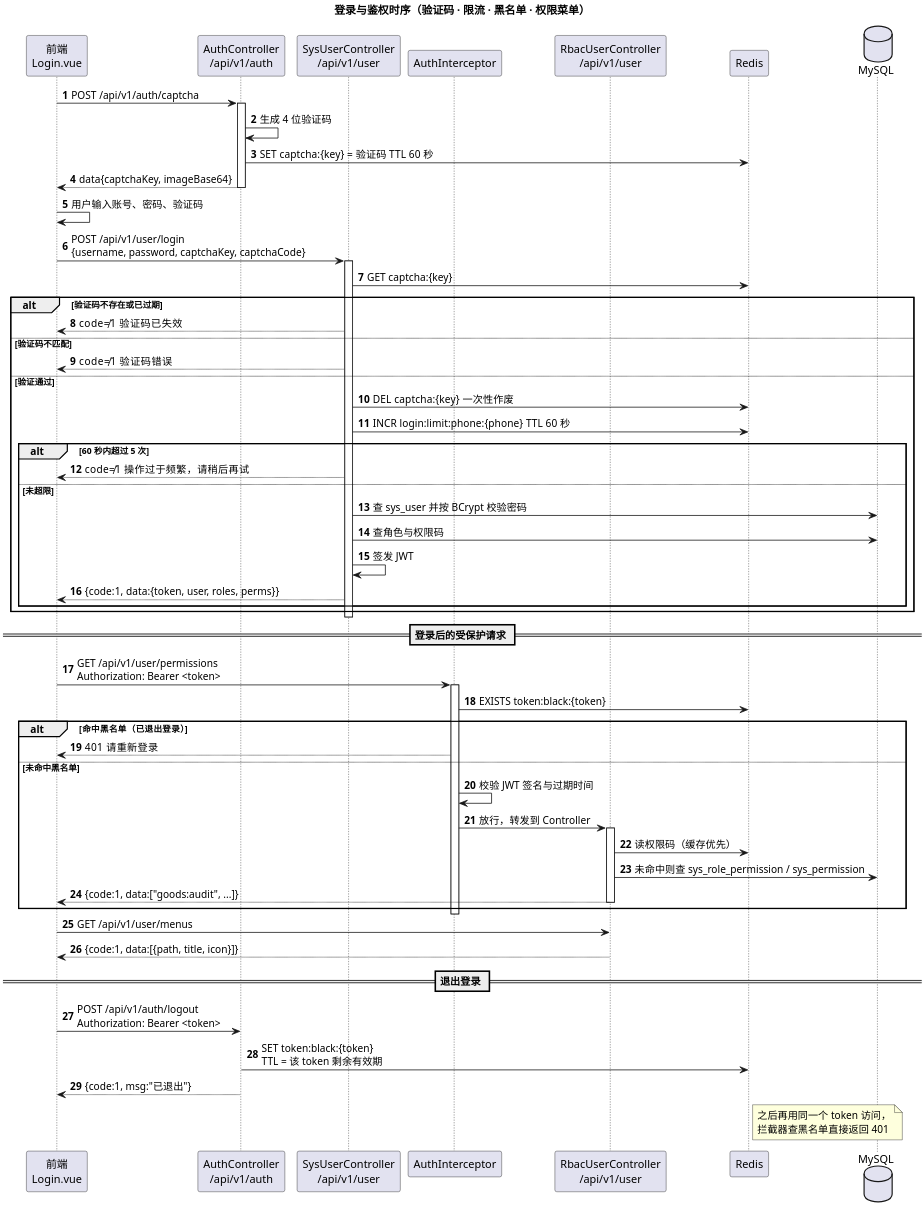
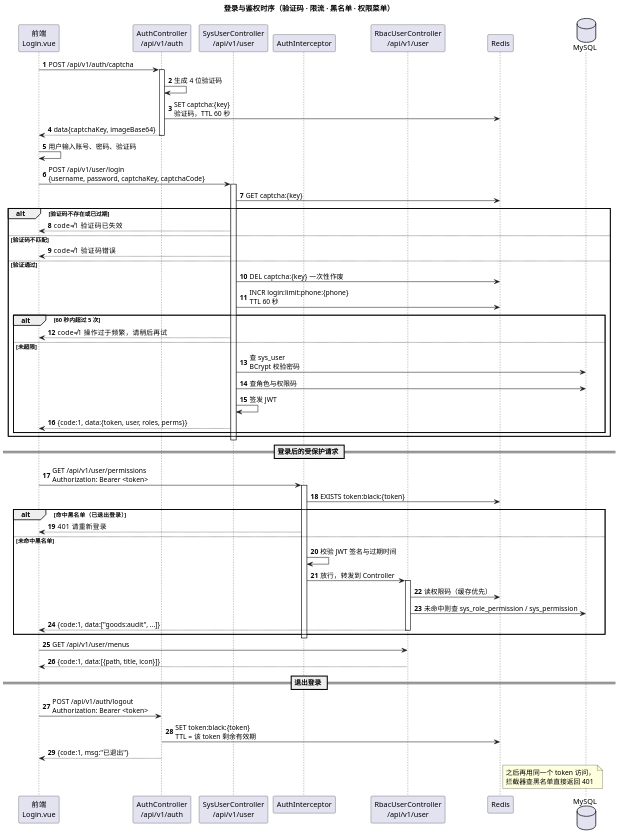
The diagram in docs/答辩物料/图2_登录时序.puml (idort24/campus-market), drawn with PlantUML before and after one commit. The commit also changed 1 other file, not shown here.

Commit message:
docs(plantuml): 修正架构图横向裁切与消息标签，scale 统一改为 2

```diff
--- a/docs/答辩物料/图2_登录时序.puml
+++ b/docs/答辩物料/图2_登录时序.puml
@@ -1,75 +1,74 @@
 @startuml
 title 登录与鉴权时序（验证码 · 限流 · 黑名单 · 权限菜单）
 autonumber
-scale 3
+scale 2
 skinparam shadowing false
 skinparam defaultFontName "Microsoft YaHei"
-skinparam sequenceMessageAlign left
 
 participant "前端\nLogin.vue" as FE
 participant "AuthController\n/api/v1/auth" as AC
 participant "SysUserController\n/api/v1/user" as UC
 participant "AuthInterceptor" as INT
 participant "RbacUserController\n/api/v1/user" as RB
 participant "Redis" as R
 database "MySQL" as DB
 
 FE -> AC : POST /api/v1/auth/captcha
 activate AC
 AC -> AC : 生成 4 位验证码
-AC -> R : SET captcha:{key} = 验证码  TTL 60 秒
+AC -> R : SET captcha:{key}\n验证码，TTL 60 秒
 AC --> FE : data{captchaKey, imageBase64}
 deactivate AC
 
 FE -> FE : 用户输入账号、密码、验证码
 FE -> UC : POST /api/v1/user/login\n{username, password, captchaKey, captchaCode}
 activate UC
 
 UC -> R : GET captcha:{key}
 alt 验证码不存在或已过期
   UC --> FE : code≠1  验证码已失效
 else 验证码不匹配
   UC --> FE : code≠1  验证码错误
 else 验证通过
   UC -> R : DEL captcha:{key}  一次性作废
-  UC -> R : INCR login:limit:phone:{phone}  TTL 60 秒
+  UC -> R : INCR login:limit:phone:{phone}\nTTL 60 秒
   alt 60 秒内超过 5 次
     UC --> FE : code≠1  操作过于频繁，请稍后再试
   else 未超限
-    UC -> DB : 查 sys_user 并按 BCrypt 校验密码
+    UC -> DB : 查 sys_user\nBCrypt 校验密码
     UC -> DB : 查角色与权限码
     UC -> UC : 签发 JWT
     UC --> FE : {code:1, data:{token, user, roles, perms}}
   end
 end
 deactivate UC
 
 == 登录后的受保护请求 ==
 
 FE -> INT : GET /api/v1/user/permissions\nAuthorization: Bearer <token>
 activate INT
 INT -> R : EXISTS token:black:{token}
 alt 命中黑名单（已退出登录）
   INT --> FE : 401  请重新登录
 else 未命中黑名单
   INT -> INT : 校验 JWT 签名与过期时间
   INT -> RB : 放行，转发到 Controller
   activate RB
   RB -> R : 读权限码（缓存优先）
   RB -> DB : 未命中则查 sys_role_permission / sys_permission
   RB --> FE : {code:1, data:["goods:audit", ...]}
   deactivate RB
 end
 deactivate INT
 
 FE -> RB : GET /api/v1/user/menus
 RB --> FE : {code:1, data:[{path, title, icon}]}
 
 == 退出登录 ==
 
 FE -> AC : POST /api/v1/auth/logout\nAuthorization: Bearer <token>
 AC -> R : SET token:black:{token}\nTTL = 该 token 剩余有效期
 AC --> FE : {code:1, msg:"已退出"}
 note right of R : 之后再用同一个 token 访问，\n拦截器查黑名单直接返回 401
 
 @enduml
```
